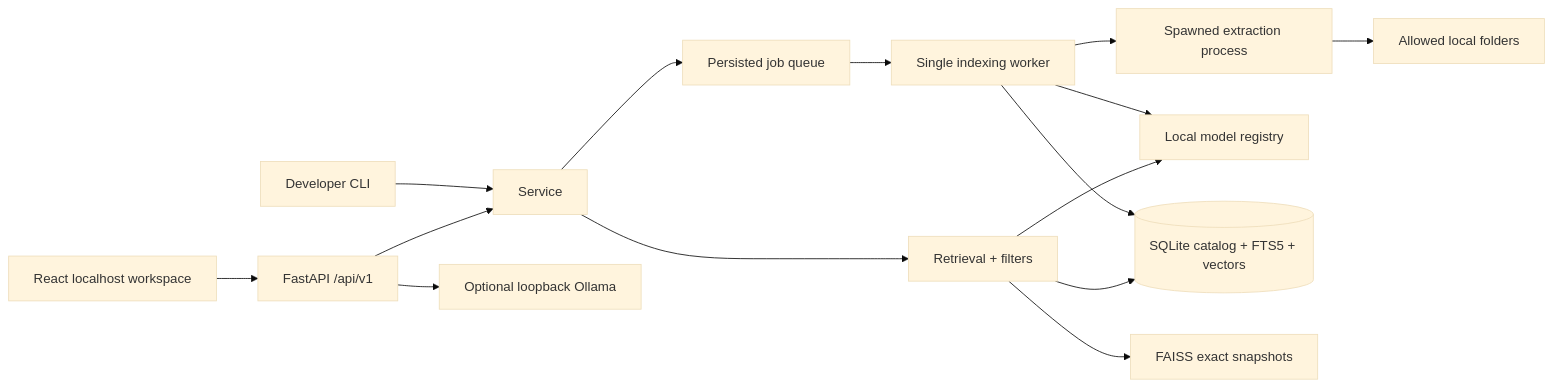
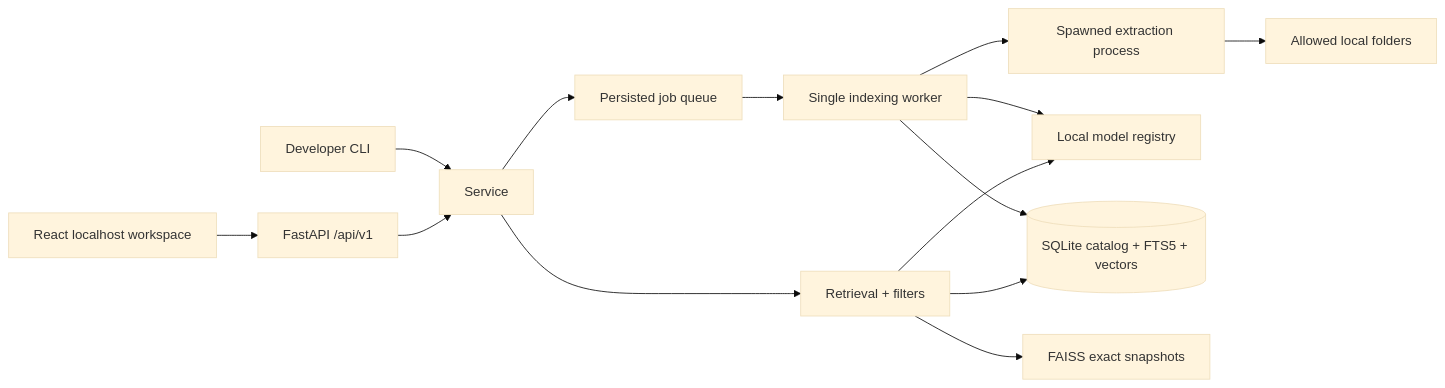
Before and after one commit to hst257/Fileora: the diagram in docs/architecture.md, drawn with Mermaid (base theme). The commit also changed other lines of this file and 32 other files, not shown here.

````diff
--- a/docs/architecture.md
+++ b/docs/architecture.md
@@ -5,17 +5,16 @@
 ```mermaid
 flowchart LR
   UI[React localhost workspace] --> API[FastAPI /api/v1]
   CLI[Developer CLI] --> S[Service]
   API --> S
   S --> Q[Retrieval + filters]
   S --> J[Persisted job queue]
   J --> W[Single indexing worker]
   W --> X[Spawned extraction process]
   X --> F[Allowed local folders]
   W --> M[Local model registry]
   W --> DB[(SQLite catalog + FTS5 + vectors)]
   Q --> DB
   Q --> IX[FAISS exact snapshots]
   Q --> M
-  API --> O[Optional loopback Ollama]
 ```
````
